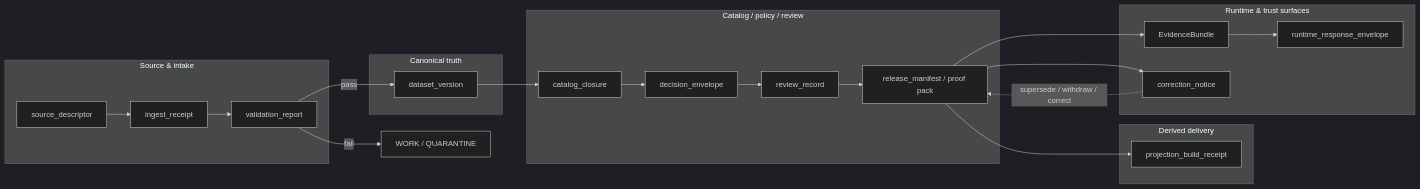
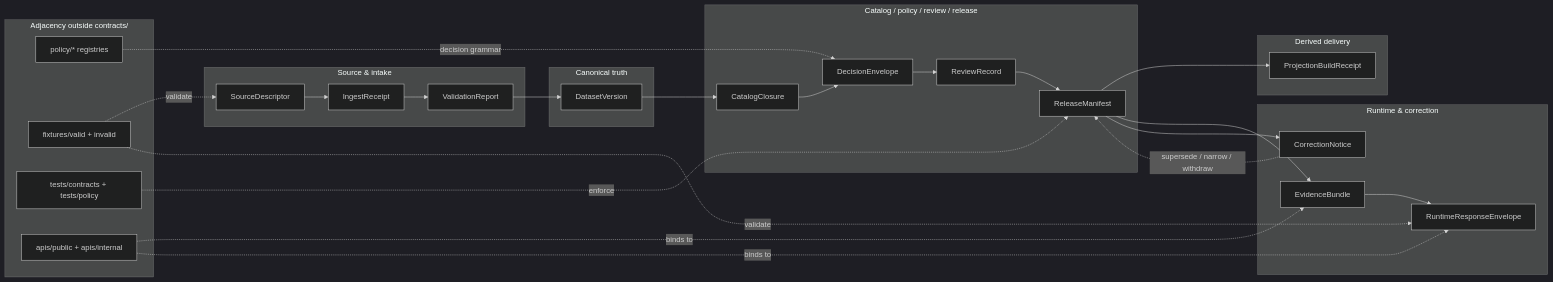
The diagram in contracts/README.md (bartytime4life/Kansas-Frontier-Matrix), drawn with Mermaid (dark theme) before and after one commit. The commit also changed other lines of this file, not shown here.

````diff
--- a/contracts/README.md
+++ b/contracts/README.md
@@ -258,38 +265,49 @@
 ```mermaid
 flowchart LR
     subgraph A["Source & intake"]
-        SD[source_descriptor]
-        IR[ingest_receipt]
-        VR[validation_report]
+        SD[SourceDescriptor]
+        IR[IngestReceipt]
+        VR[ValidationReport]
     end
 
     subgraph B["Canonical truth"]
-        DV[dataset_version]
+        DV[DatasetVersion]
     end
 
-    subgraph C["Catalog / policy / review"]
-        CC[catalog_closure]
-        DE[decision_envelope]
-        RR[review_record]
-        RM[release_manifest / proof pack]
+    subgraph C["Catalog / policy / review / release"]
+        CC[CatalogClosure]
+        DE[DecisionEnvelope]
+        RR[ReviewRecord]
+        RM[ReleaseManifest]
     end
 
     subgraph D["Derived delivery"]
-        PBR[projection_build_receipt]
+        PBR[ProjectionBuildReceipt]
     end
 
-    subgraph E["Runtime & trust surfaces"]
+    subgraph E["Runtime & correction"]
         EB[EvidenceBundle]
-        RRE[runtime_response_envelope]
-        CN[correction_notice]
+        RRE[RuntimeResponseEnvelope]
+        CN[CorrectionNotice]
     end
 
-    SD --> IR --> VR
-    VR -->|pass| DV
-    VR -->|fail| Q[WORK / QUARANTINE]
-    DV --> CC --> DE --> RR --> RM
+    SD --> IR --> VR --> DV --> CC --> DE --> RR --> RM
     RM --> PBR
     RM --> EB --> RRE
     RM --> CN
-    CN -. supersede / withdraw / correct .-> RM
+    CN -. supersede / narrow / withdraw .-> RM
+
+    subgraph F["Adjacency outside contracts/"]
+        REG[policy/* registries]
+        FIX[fixtures/valid + invalid]
+        TST[tests/contracts + tests/policy]
+        API[apis/public + apis/internal]
+    end
+
+    REG -. decision grammar .-> DE
+    FIX -. validate .-> SD
+    FIX -. validate .-> RRE
+    TST -. enforce .-> RM
+    API -. binds to .-> EB
+    API -. binds to .-> RRE
 ```
````
